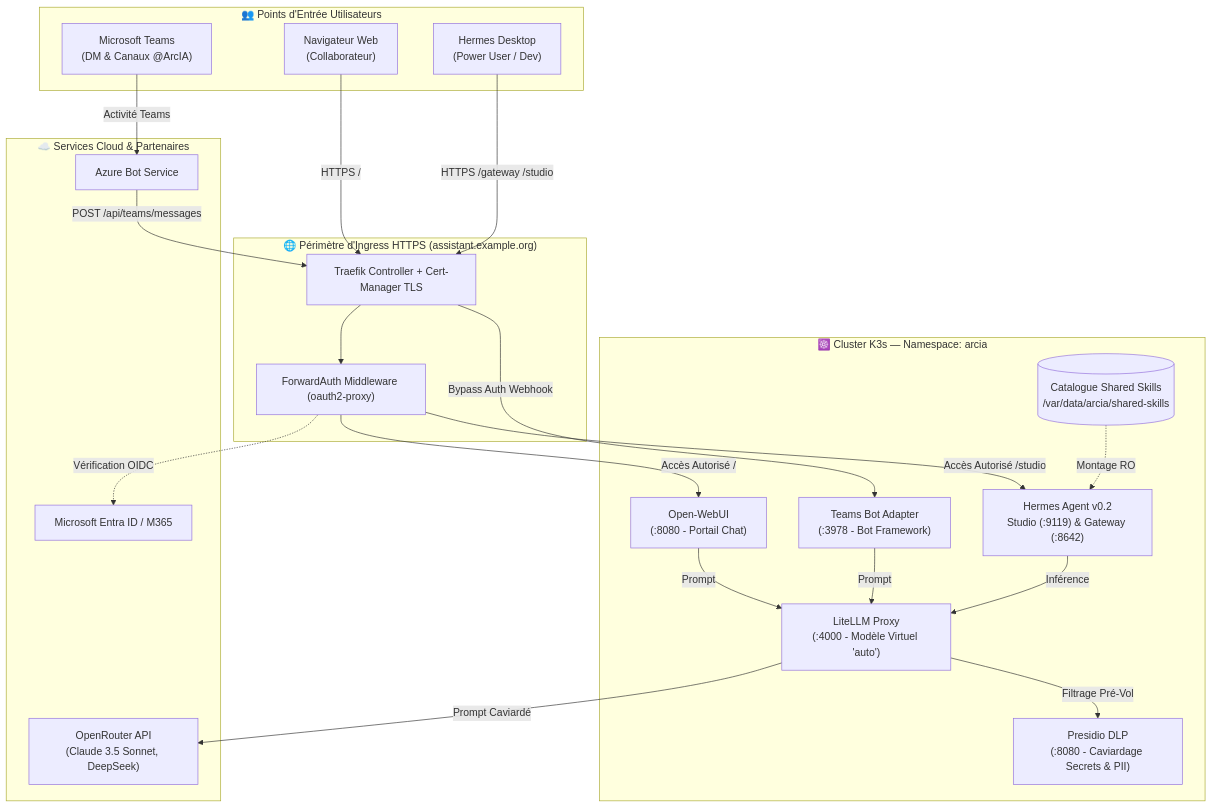
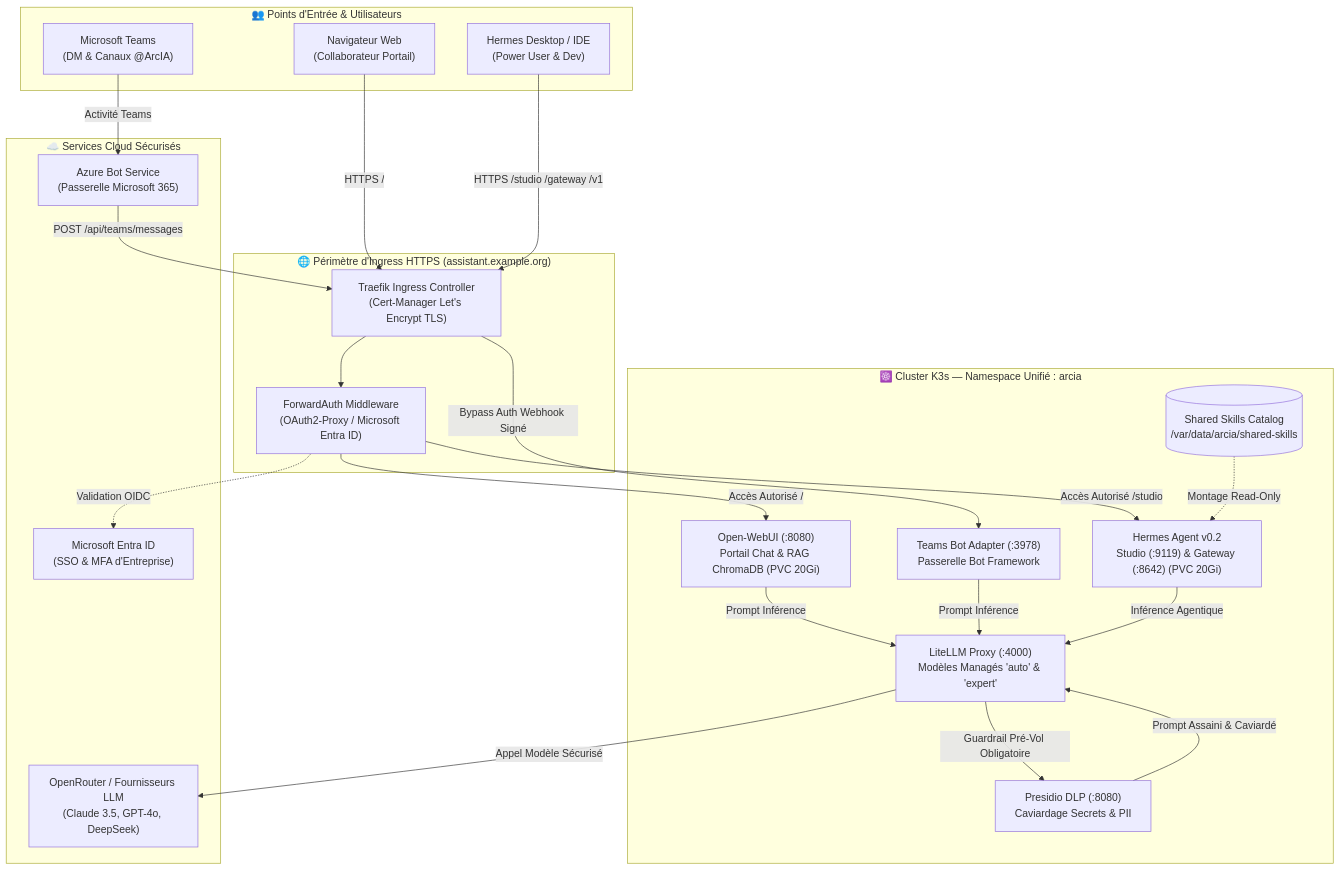
One commit to nicolastheuil/ArcIA changed the diagram in README.md. Above: the diagram before and after it, drawn with Mermaid. The commit also changed other lines of this file and 2 other files, not shown here.

Commit message:
docs: overhaul main README with clear structure, architecture schema and dedicated doc links

````diff
--- a/README.md
+++ b/README.md
@@ -94,47 +67,48 @@
 ```mermaid
 flowchart TD
-    subgraph Clients ["👥 Points d'Entrée Utilisateurs"]
-        WebUser["Navigateur Web<br/>(Collaborateur)"]
+    subgraph Clients ["👥 Points d'Entrée & Utilisateurs"]
+        WebUser["Navigateur Web<br/>(Collaborateur Portail)"]
         TeamsUser["Microsoft Teams<br/>(DM & Canaux @ArcIA)"]
-        HermesDesk["Hermes Desktop<br/>(Power User / Dev)"]
+        HermesDesk["Hermes Desktop / IDE<br/>(Power User & Dev)"]
     end
 
-    subgraph Ingress ["🌐 Périmètre d'Ingress HTTPS (assistant.example.org)"]
-        Traefik["Traefik Controller + Cert-Manager TLS"]
-        AuthMiddleware["ForwardAuth Middleware (oauth2-proxy)"]
+    subgraph IngressLayer ["🌐 Périmètre d'Ingress HTTPS (assistant.example.org)"]
+        Traefik["Traefik Ingress Controller<br/>(Cert-Manager Let's Encrypt TLS)"]
+        ForwardAuth["ForwardAuth Middleware<br/>(OAuth2-Proxy / Microsoft Entra ID)"]
     end
 
-    subgraph CoreCluster ["☸️ Cluster K3s — Namespace: arcia"]
-        WebUI["Open-WebUI<br/>(:8080 - Portail Chat)"]
-        TeamsBot["Teams Bot Adapter<br/>(:3978 - Bot Framework)"]
-        HermesAgent["Hermes Agent v0.2<br/>Studio (:9119) & Gateway (:8642)"]
-        SkillsShare[("Catalogue Shared Skills<br/>/var/data/arcia/shared-skills")]
-        Presidio["Presidio DLP<br/>(:8080 - Caviardage Secrets & PII)"]
-        LiteLLM["LiteLLM Proxy<br/>(:4000 - Modèle Virtuel 'auto')"]
+    subgraph ArcIANamespace ["☸️ Cluster K3s — Namespace Unifié : arcia"]
+        WebUI["Open-WebUI (:8080)<br/>Portail Chat & RAG ChromaDB (PVC 20Gi)"]
+        TeamsBot["Teams Bot Adapter (:3978)<br/>Passerelle Bot Framework"]
+        HermesAgent["Hermes Agent v0.2<br/>Studio (:9119) & Gateway (:8642) (PVC 20Gi)"]
+        SkillsShare[("Shared Skills Catalog<br/>/var/data/arcia/shared-skills")]
+        PresidioDLP["Presidio DLP (:8080)<br/>Caviardage Secrets & PII"]
+        LiteLLM["LiteLLM Proxy (:4000)<br/>Modèles Managés 'auto' & 'expert'"]
     end
 
-    subgraph External ["☁️ Services Cloud & Partenaires"]
-        OpenRouter["OpenRouter API<br/>(Claude 3.5 Sonnet, DeepSeek)"]
-        EntraID["Microsoft Entra ID / M365"]
-        AzureBotSvc["Azure Bot Service"]
+    subgraph CloudLayer ["☁️ Services Cloud Sécurisés"]
+        OpenRouter["OpenRouter / Fournisseurs LLM<br/>(Claude 3.5, GPT-4o, DeepSeek)"]
+        EntraID["Microsoft Entra ID<br/>(SSO & MFA d'Entreprise)"]
+        AzureBot["Azure Bot Service<br/>(Passerelle Microsoft 365)"]
     end
 
     WebUser -->|HTTPS /| Traefik
-    HermesDesk -->|HTTPS /gateway /studio| Traefik
-    TeamsUser -->|Activité Teams| AzureBotSvc
-    AzureBotSvc -->|POST /api/teams/messages| Traefik
+    HermesDesk -->|HTTPS /studio /gateway /v1| Traefik
+    TeamsUser -->|Activité Teams| AzureBot
+    AzureBot -->|POST /api/teams/messages| Traefik
 
-    Traefik --> AuthMiddleware
-    AuthMiddleware -.->|Vérification OIDC| EntraID
-    AuthMiddleware -->|Accès Autorisé /| WebUI
-    AuthMiddleware -->|Accès Autorisé /studio| HermesAgent
-    Traefik -->|Bypass Auth Webhook| TeamsBot
+    Traefik --> ForwardAuth
+    ForwardAuth -.->|Validation OIDC| EntraID
+    ForwardAuth -->|Accès Autorisé /| WebUI
+    ForwardAuth -->|Accès Autorisé /studio| HermesAgent
+    Traefik -->|Bypass Auth Webhook Signé| TeamsBot
 
-    WebUI -->|Prompt| LiteLLM
-    TeamsBot -->|Prompt| LiteLLM
-    HermesAgent -->|Inférence| LiteLLM
-    SkillsShare -.->|Montage RO| HermesAgent
+    WebUI -->|Prompt Inférence| LiteLLM
+    TeamsBot -->|Prompt Inférence| LiteLLM
+    HermesAgent -->|Inférence Agentique| LiteLLM
+    SkillsShare -.->|Montage Read-Only| HermesAgent
 
-    LiteLLM -->|Filtrage Pré-Vol| Presidio
-    LiteLLM -->|Prompt Caviardé| OpenRouter
+    LiteLLM -->|Guardrail Pré-Vol Obligatoire| PresidioDLP
+    PresidioDLP -->|Prompt Assaini & Caviardé| LiteLLM
+    LiteLLM -->|Appel Modèle Sécurisé| OpenRouter
 ```
````
